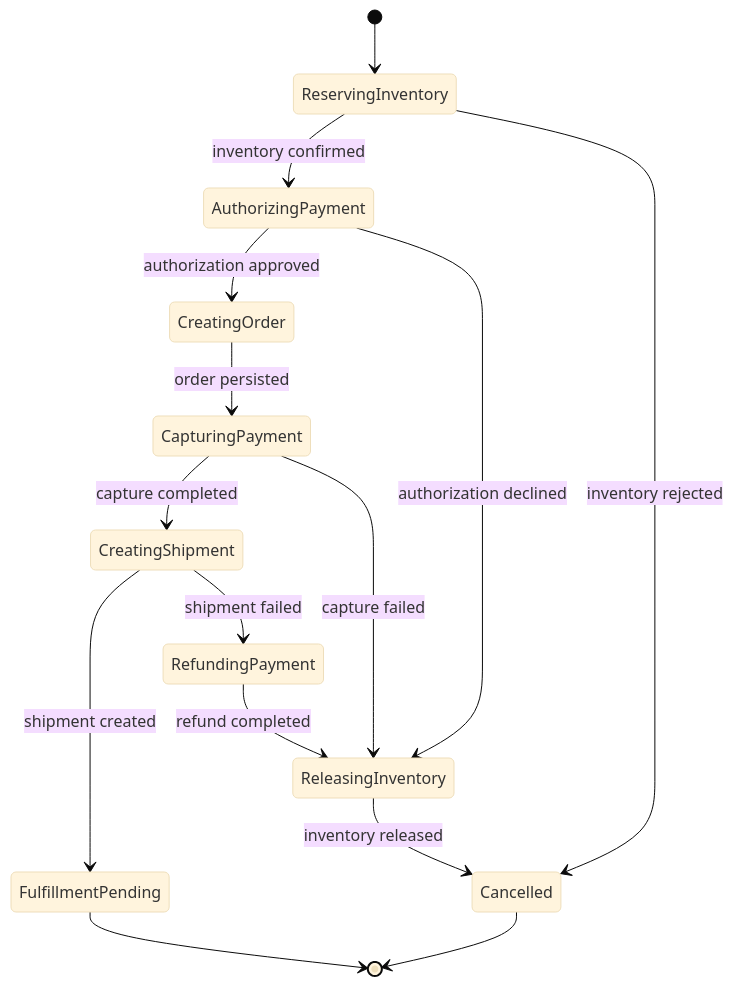
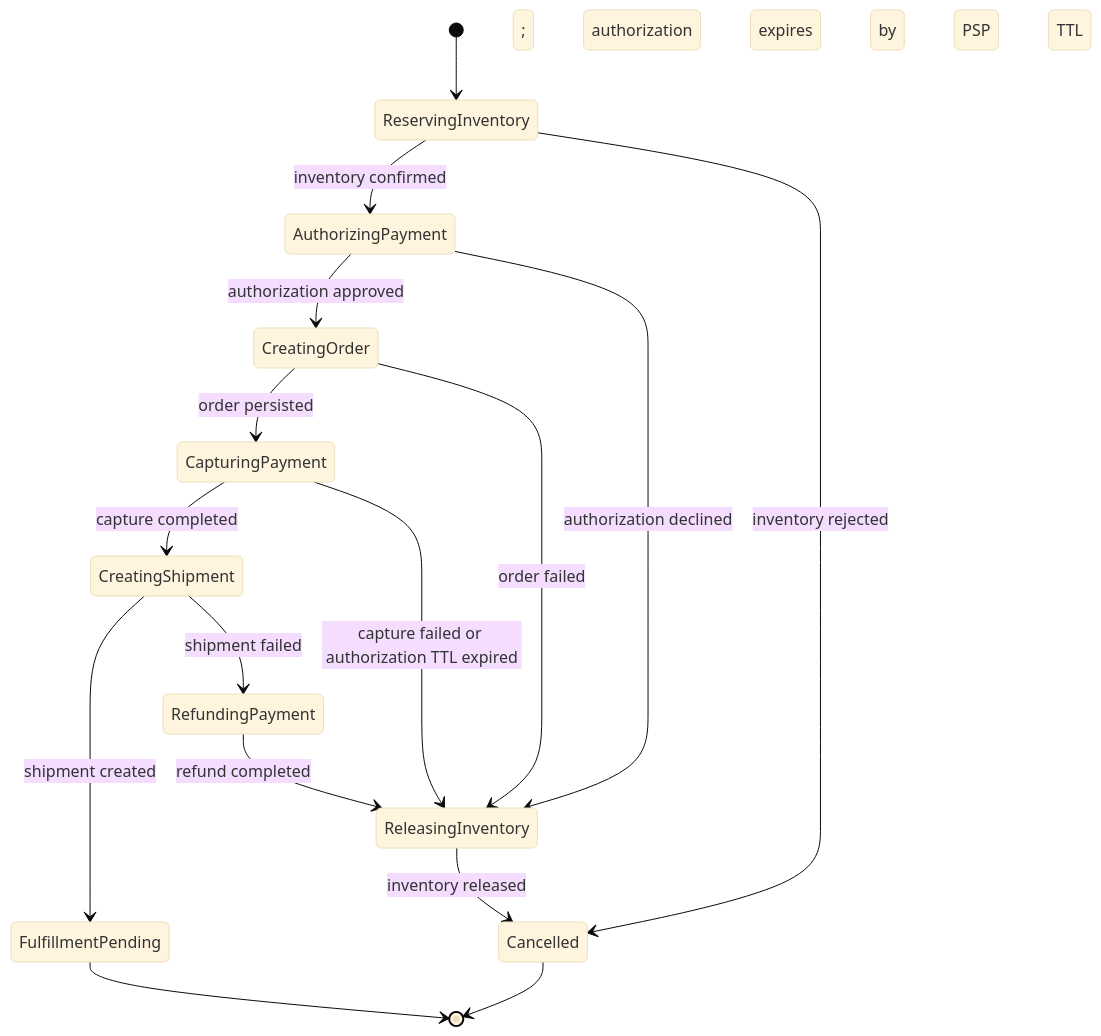
One commit to Smiley-Alyx/stockflow-market changed the third of 3 diagrams in docs/delivery-flow.md. Above: the diagram before and after it, drawn with Mermaid (base theme). The commit also changed other lines of this file and 1 other file, not shown here.

Commit message:
docs(checkout): choose authorization ttl

````diff
--- a/docs/delivery-flow.md
+++ b/docs/delivery-flow.md
@@ -71,17 +94,18 @@
 ```mermaid
 stateDiagram-v2
     [*] --> ReservingInventory
     ReservingInventory --> AuthorizingPayment: inventory confirmed
     ReservingInventory --> Cancelled: inventory rejected
     AuthorizingPayment --> CreatingOrder: authorization approved
     AuthorizingPayment --> ReleasingInventory: authorization declined
     CreatingOrder --> CapturingPayment: order persisted
+    CreatingOrder --> ReleasingInventory: order failed; authorization expires by PSP TTL
     CapturingPayment --> CreatingShipment: capture completed
-    CapturingPayment --> ReleasingInventory: capture failed
+    CapturingPayment --> ReleasingInventory: capture failed or authorization TTL expired
     CreatingShipment --> FulfillmentPending: shipment created
     CreatingShipment --> RefundingPayment: shipment failed
     RefundingPayment --> ReleasingInventory: refund completed
     ReleasingInventory --> Cancelled: inventory released
     FulfillmentPending --> [*]
     Cancelled --> [*]
 ```
````
